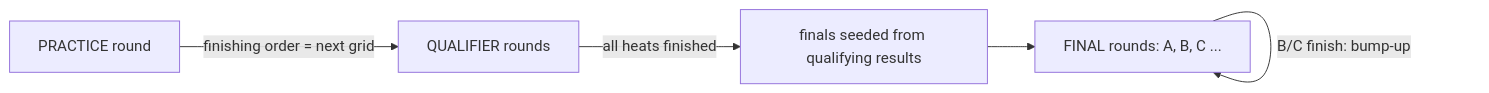
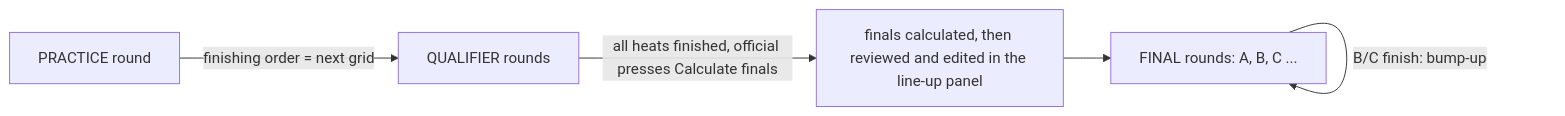
Before and after one commit to RCRaceHub/RCTimingControl: the second of 3 diagrams in docs/developer/race-lifecycle.md, drawn with Mermaid. The commit also changed other lines of this file and 28 other files, not shown here.

First line of the commit message:
Calculate finals on request and review line-ups in the cockpit (#422)

````diff
--- a/docs/developer/race-lifecycle.md
+++ b/docs/developer/race-lifecycle.md
@@ -41,7 +41,7 @@
 ```mermaid
 flowchart LR
     P[PRACTICE round] -->|finishing order = next grid| Q[QUALIFIER rounds]
-    Q -->|all heats finished| S[finals seeded from qualifying results]
+    Q -->|all heats finished, official presses Calculate finals| S[finals calculated, then reviewed and edited in the line-up panel]
     S --> F[FINAL rounds: A, B, C ...]
     F -->|B/C finish: bump-up| F
 ```
````
